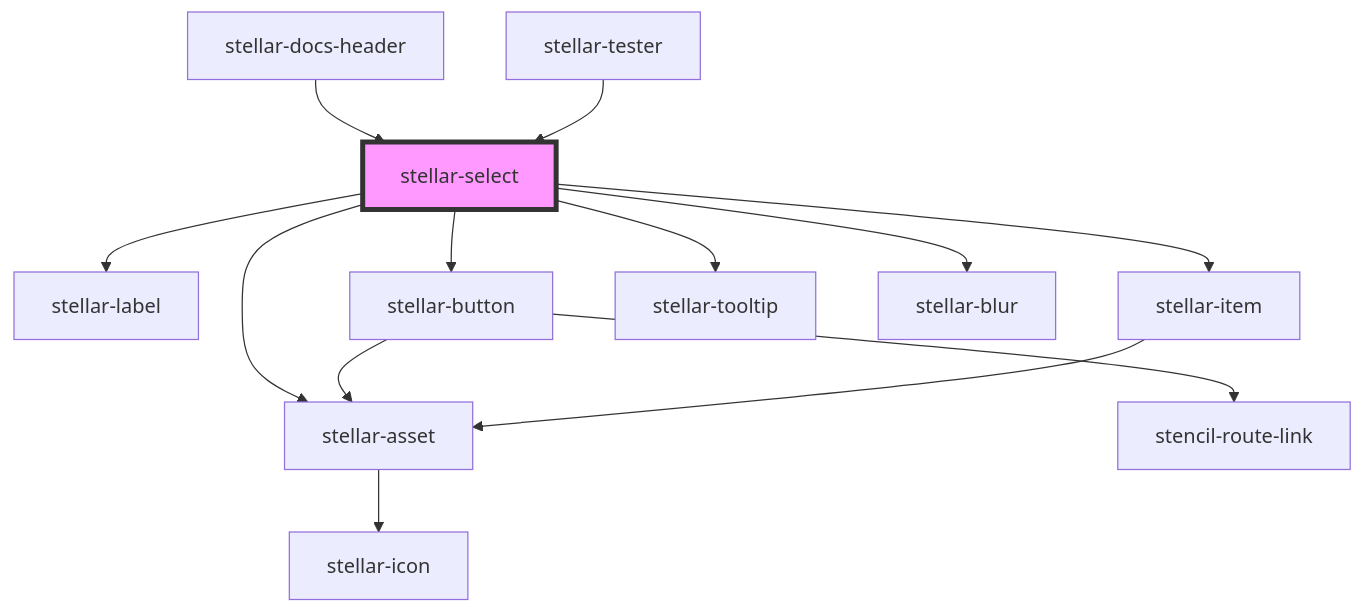
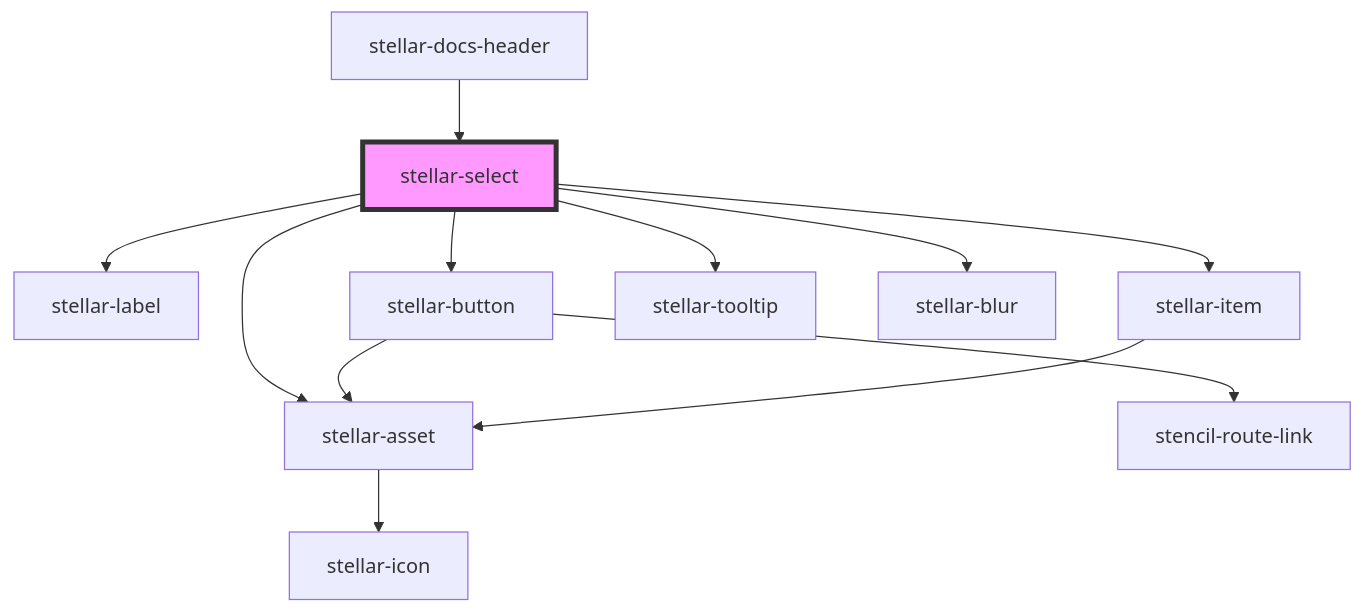
One commit to splitinfinities/Stellar changed the diagram in src/components/forms/select/readme.md. Above: the diagram before and after it, drawn with Mermaid. The commit also changed other lines of this file and 11 other files, not shown here.

````diff
--- a/src/components/forms/select/readme.md
+++ b/src/components/forms/select/readme.md
@@ -279,16 +278,15 @@
 ```mermaid
 graph TD;
   stellar-select --> stellar-label
   stellar-select --> stellar-button
   stellar-select --> stellar-asset
   stellar-select --> stellar-item
   stellar-select --> stellar-tooltip
   stellar-select --> stellar-blur
   stellar-button --> stellar-asset
   stellar-button --> stencil-route-link
   stellar-asset --> stellar-icon
   stellar-item --> stellar-asset
   stellar-docs-header --> stellar-select
-  stellar-tester --> stellar-select
   style stellar-select fill:#f9f,stroke:#333,stroke-width:4px
 ```
````
